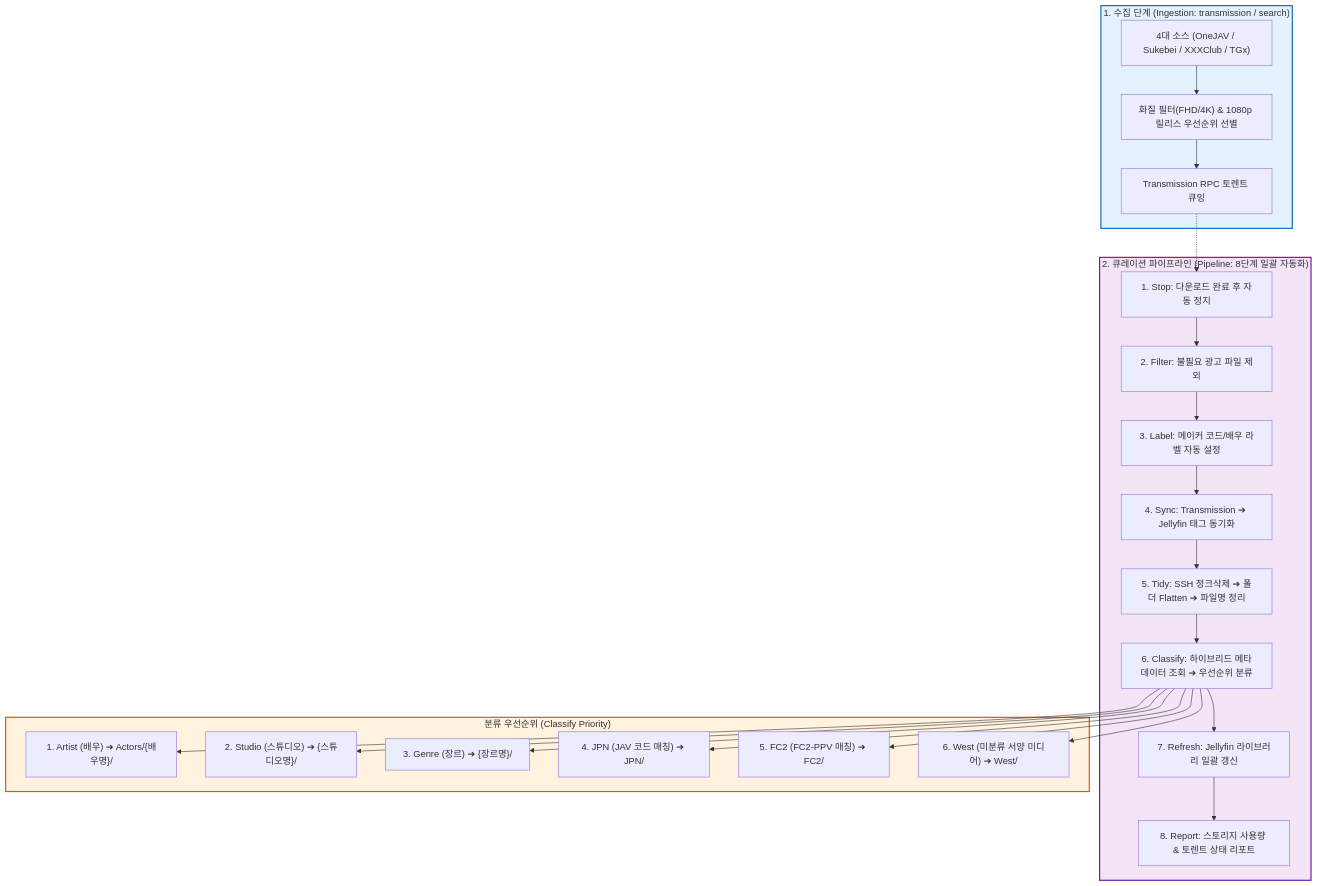
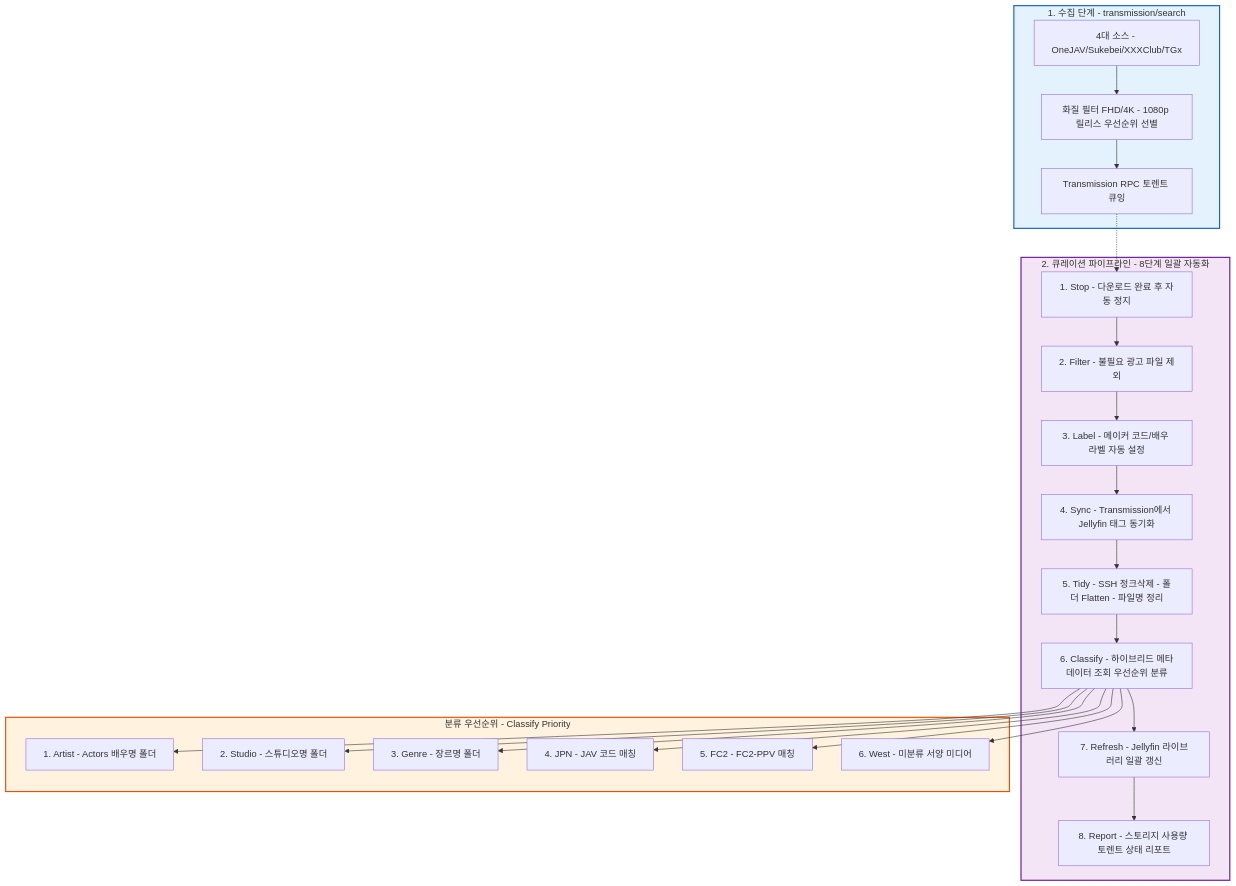
The diagram in docs/okf/explanation/architecture-and-workflow.md (deuxksy/Meridian-X), drawn with Mermaid before and after one commit. The commit also changed 2 other files, not shown here.

Commit message:
docs(okf): Mermaid 렌더러 규칙 준수 및 security-scan 문서 중복 제거
- security-scan-design.md: flowchart TD를 graph TD로 수정 (GitLab
  렌더러 미지원 키워드)
- architecture-and-workflow.md: 노드 라벨에서 따옴표/괄호/➔ 특수기호
  제거해 HTML 인코딩 파싱 에러 방지
- security-scan-implementation.md: explanation 설계 문서와 중복되는
  '개선 후보' 4항목 제거 및 설계 문서 cross-link 추가 (SoT 일원화)

감사 결과: 링크 0 broken, mermaid lint 0 위반

````diff
--- a/docs/okf/explanation/architecture-and-workflow.md
+++ b/docs/okf/explanation/architecture-and-workflow.md
@@ -9,31 +9,31 @@
 ```mermaid
 graph TB
-    subgraph Ingest["1. 수집 단계 (Ingestion: transmission / search)"]
-        SRC["4대 소스 (OneJAV / Sukebei / XXXClub / TGx)"] --> DEDUP["화질 필터(FHD/4K) & 1080p 릴리스 우선순위 선별"]
-        DEDUP --> TX_ADD["Transmission RPC 토렌트 큐잉"]
+    subgraph Ingest[1. 수집 단계 - transmission/search]
+        SRC[4대 소스 - OneJAV/Sukebei/XXXClub/TGx] --> DEDUP[화질 필터 FHD/4K - 1080p 릴리스 우선순위 선별]
+        DEDUP --> TX_ADD[Transmission RPC 토렌트 큐잉]
     end
 
-    subgraph Pipeline["2. 큐레이션 파이프라인 (Pipeline: 8단계 일괄 자동화)"]
+    subgraph Pipeline[2. 큐레이션 파이프라인 - 8단계 일괄 자동화]
         TX_ADD -.-> S1
-        S1["1. Stop: 다운로드 완료 후 자동 정지"] --> S2["2. Filter: 불필요 광고 파일 제외"]
-        S2 --> S3["3. Label: 메이커 코드/배우 라벨 자동 설정"]
-        S3 --> S4["4. Sync: Transmission ➔ Jellyfin 태그 동기화"]
-        S4 --> S5["5. Tidy: SSH 정크삭제 ➔ 폴더 Flatten ➔ 파일명 정리"]
-        S5 --> S6["6. Classify: 하이브리드 메타데이터 조회 ➔ 우선순위 분류"]
-        S6 --> S7["7. Refresh: Jellyfin 라이브러리 일괄 갱신"]
-        S7 --> S8["8. Report: 스토리지 사용량 & 토렌트 상태 리포트"]
+        S1[1. Stop - 다운로드 완료 후 자동 정지] --> S2[2. Filter - 불필요 광고 파일 제외]
+        S2 --> S3[3. Label - 메이커 코드/배우 라벨 자동 설정]
+        S3 --> S4[4. Sync - Transmission에서 Jellyfin 태그 동기화]
+        S4 --> S5[5. Tidy - SSH 정크삭제 - 폴더 Flatten - 파일명 정리]
+        S5 --> S6[6. Classify - 하이브리드 메타데이터 조회 우선순위 분류]
+        S6 --> S7[7. Refresh - Jellyfin 라이브러리 일괄 갱신]
+        S7 --> S8[8. Report - 스토리지 사용량 토렌트 상태 리포트]
     end
 
-    subgraph ClassifyPriority["분류 우선순위 (Classify Priority)"]
-        S6 --> P1["1. Artist (배우) ➔ Actors/{배우명}/"]
-        S6 --> P2["2. Studio (스튜디오) ➔ {스튜디오명}/"]
-        S6 --> P3["3. Genre (장르) ➔ {장르명}/"]
-        S6 --> P4["4. JPN (JAV 코드 매칭) ➔ JPN/"]
-        S6 --> P5["5. FC2 (FC2-PPV 매칭) ➔ FC2/"]
-        S6 --> P6["6. West (미분류 서양 미디어) ➔ West/"]
+    subgraph ClassifyPriority[분류 우선순위 - Classify Priority]
+        S6 --> P1[1. Artist - Actors 배우명 폴더]
+        S6 --> P2[2. Studio - 스튜디오명 폴더]
+        S6 --> P3[3. Genre - 장르명 폴더]
+        S6 --> P4[4. JPN - JAV 코드 매칭]
+        S6 --> P5[5. FC2 - FC2-PPV 매칭]
+        S6 --> P6[6. West - 미분류 서양 미디어]
     end
 
     style Ingest fill:#e3f2fd,stroke:#1565c0,stroke-width:2px
     style Pipeline fill:#f3e5f5,stroke:#6a1b9a,stroke-width:2px
     style ClassifyPriority fill:#fff3e0,stroke:#e65100,stroke-width:2px
 ```
````
